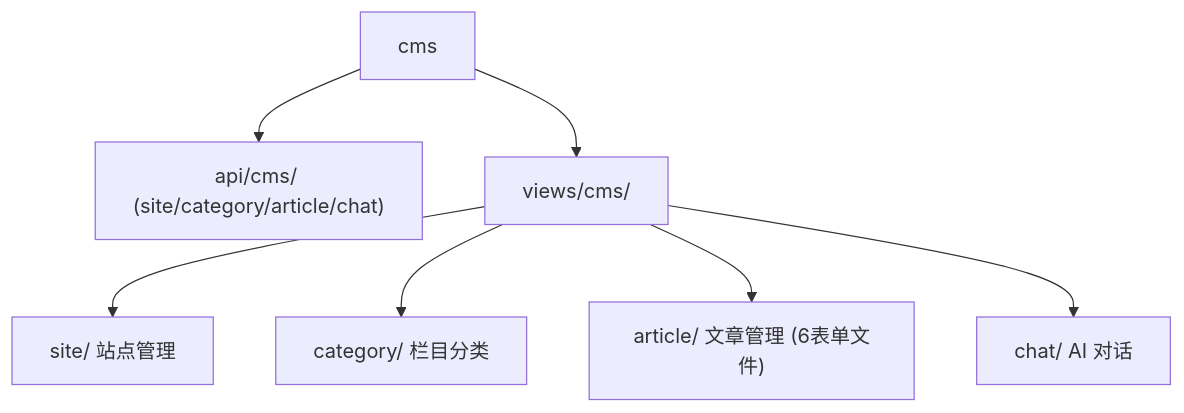
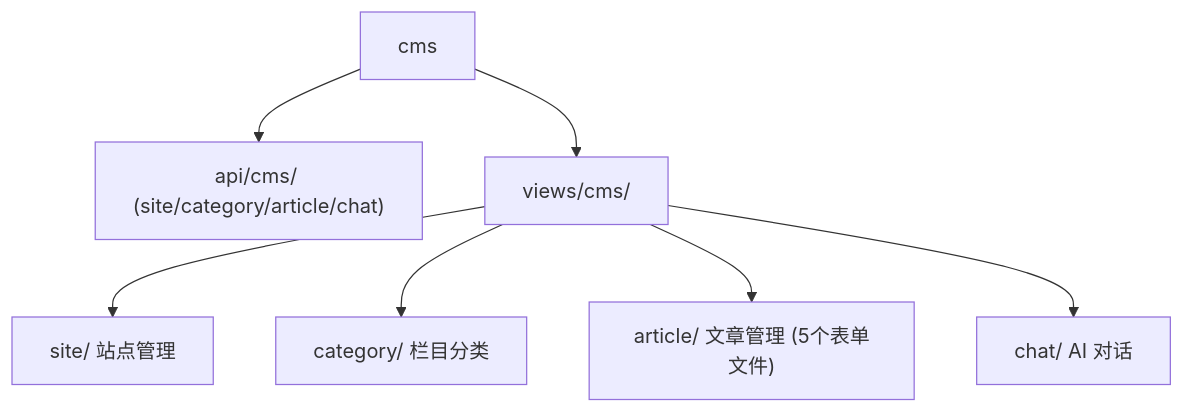
Diagram 13 of 32 in CODE_WIKI.md (wust-rd/zhugengju-admin-frontend), drawn with Mermaid before and after one commit. The commit also changed other lines of this file and 8 other files, not shown here.

Commit message:
feat: 画流程图, code_wiki 更新

````diff
--- a/CODE_WIKI.md
+++ b/CODE_WIKI.md
@@ -375,10 +397,10 @@
 ```mermaid
 graph TD
   CMS["cms"]
   CMS --> API["api/cms/ (site/category/article/chat)"]
   CMS --> VIEWS["views/cms/"]
   VIEWS --> SITE["site/ 站点管理"]
   VIEWS --> CAT["category/ 栏目分类"]
-  VIEWS --> ART["article/ 文章管理 (6表单文件)"]
+  VIEWS --> ART["article/ 文章管理 (5个表单文件)"]
   VIEWS --> CHAT["chat/ AI 对话"]
 ```
````
